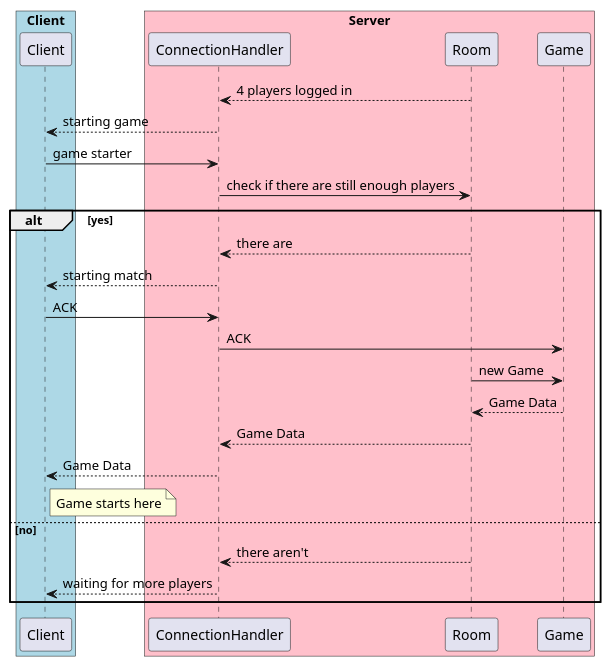
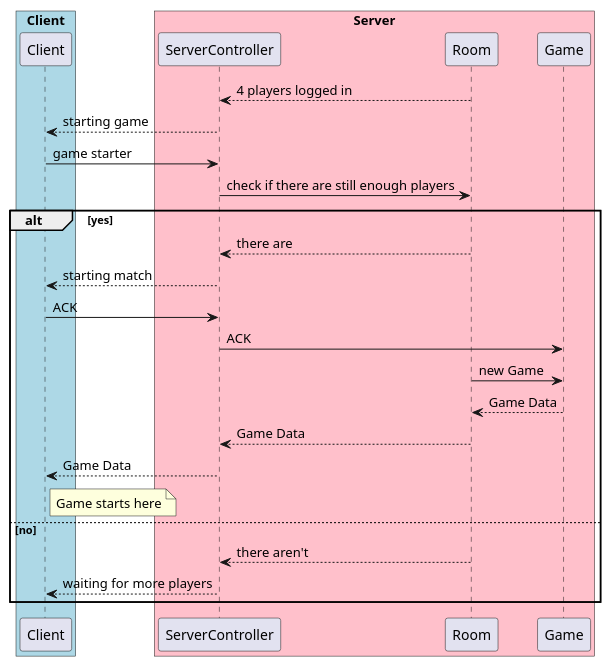
Before and after one commit to dltmtt/IS23-AM13: the diagram in docs/Sequence Diagram/Starting Game Phase.puml, drawn with PlantUML. The commit also changed 1 other file, not shown here.

```diff
--- a/docs/Sequence Diagram/Starting Game Phase.puml
+++ b/docs/Sequence Diagram/Starting Game Phase.puml
@@ -1,34 +1,34 @@
 @startuml
 
 box "Client" #LightBlue
 participant Client
 end box
 
 box "Server" #Pink
-participant ConnectionHandler
+participant ServerController
 participant Room
 participant Game
 end box
 
-Room --> ConnectionHandler : 4 players logged in
-ConnectionHandler --> Client : starting game
-Client -> ConnectionHandler : game starter
+Room --> ServerController : 4 players logged in
+ServerController --> Client : starting game
+Client -> ServerController : game starter
 
-ConnectionHandler-> Room : check if there are still enough players
+ServerController-> Room : check if there are still enough players
 alt yes
-Room --> ConnectionHandler : there are
-ConnectionHandler --> Client : starting match
-Client -> ConnectionHandler : ACK
-ConnectionHandler -> Game : ACK
+Room --> ServerController : there are
+ServerController --> Client : starting match
+Client -> ServerController : ACK
+ServerController -> Game : ACK
 Room -> Game : new Game
 Game --> Room : Game Data
-Room --> ConnectionHandler : Game Data
-ConnectionHandler --> Client : Game Data
+Room --> ServerController : Game Data
+ServerController --> Client : Game Data
 note right of Client: Game starts here
 else no
-Room --> ConnectionHandler : there aren't
-ConnectionHandler --> Client : waiting for more players
+Room --> ServerController : there aren't
+ServerController --> Client : waiting for more players
 end
 
 
 @enduml
```
